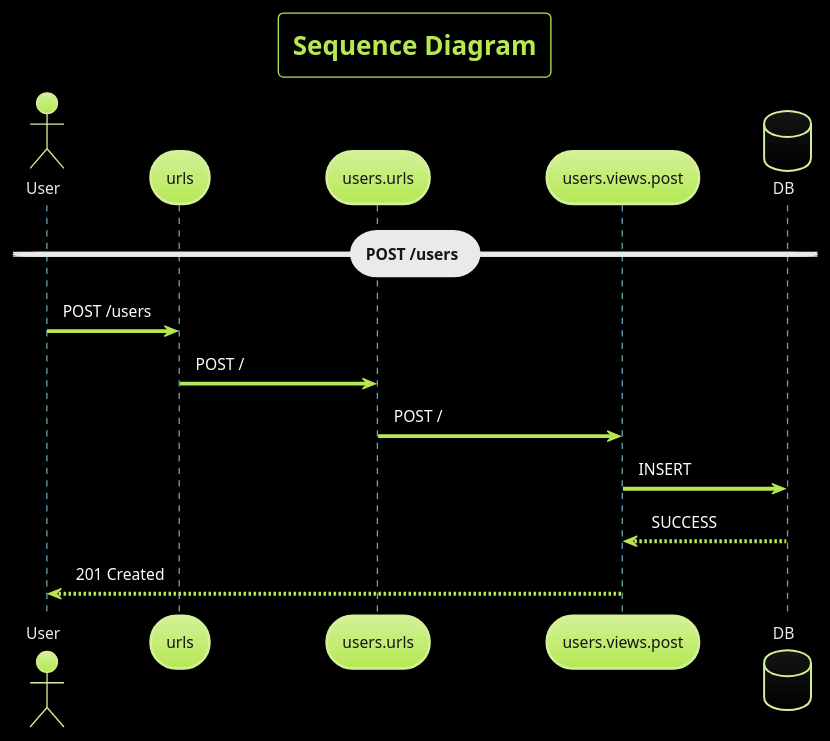
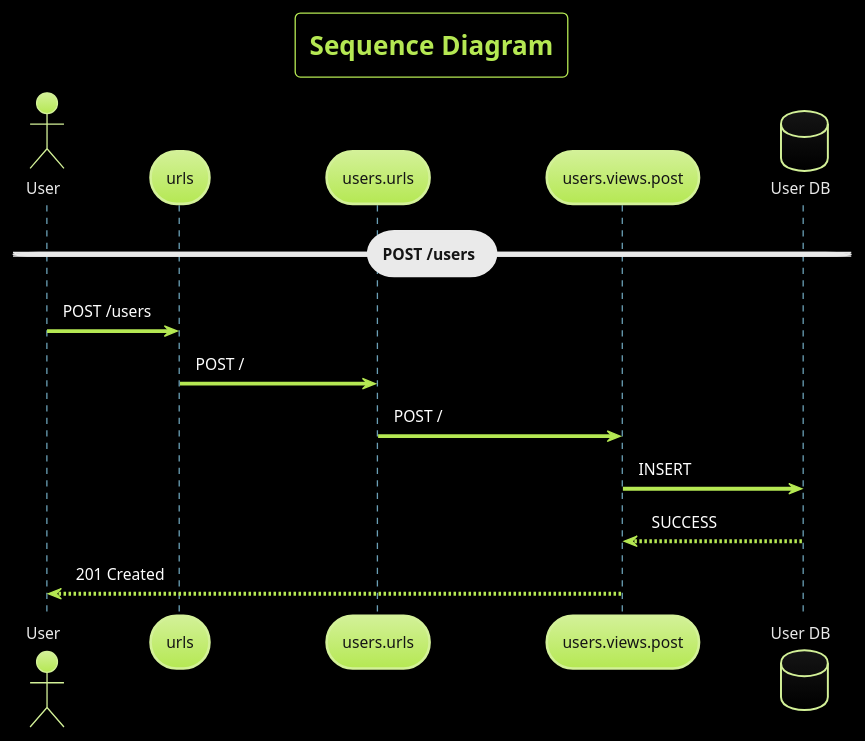
The second of 3 diagrams in design.plantuml (AdityaShenoy/FlipCart), drawn with PlantUML before and after one commit. The commit also changed other lines of this file, not shown here.

Commit message:
docs: give table name in the diagram

```diff
--- a/design.plantuml
+++ b/design.plantuml
@@ -17,20 +17,20 @@
 @startuml 2
 
     !theme hacker
     skinparam BackgroundColor black
     title "Sequence Diagram"
 
     actor User
     participant urls
     participant users.urls
     participant users.views.post
-    database DB
+    database "User DB"
 
     == POST /users ==
     User             ->  urls             : POST /users
     urls             ->  users.urls       : POST /
     users.urls       ->  users.views.post : POST /
-    users.views.post ->  DB               : INSERT
-    users.views.post <-- DB               : SUCCESS
+    users.views.post ->  "User DB"        : INSERT
+    users.views.post <-- "User DB"        : SUCCESS
     User             <-- users.views.post : 201 Created
 @enduml
```
